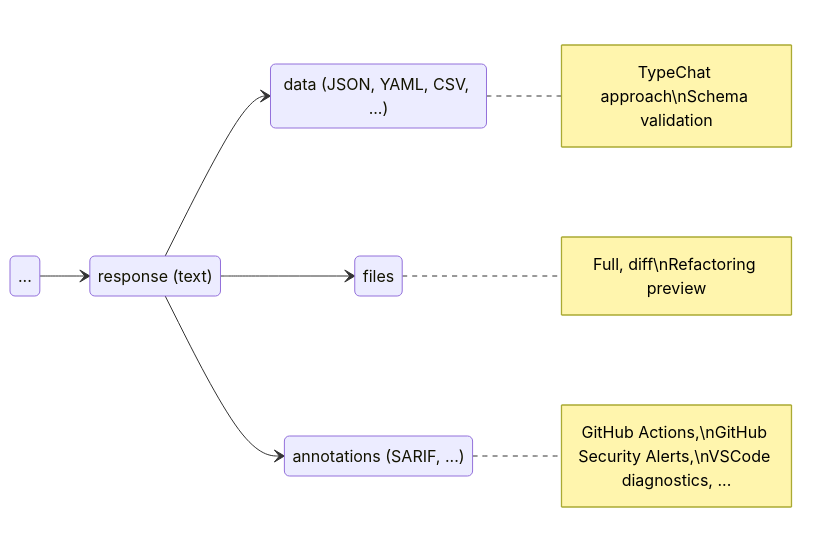
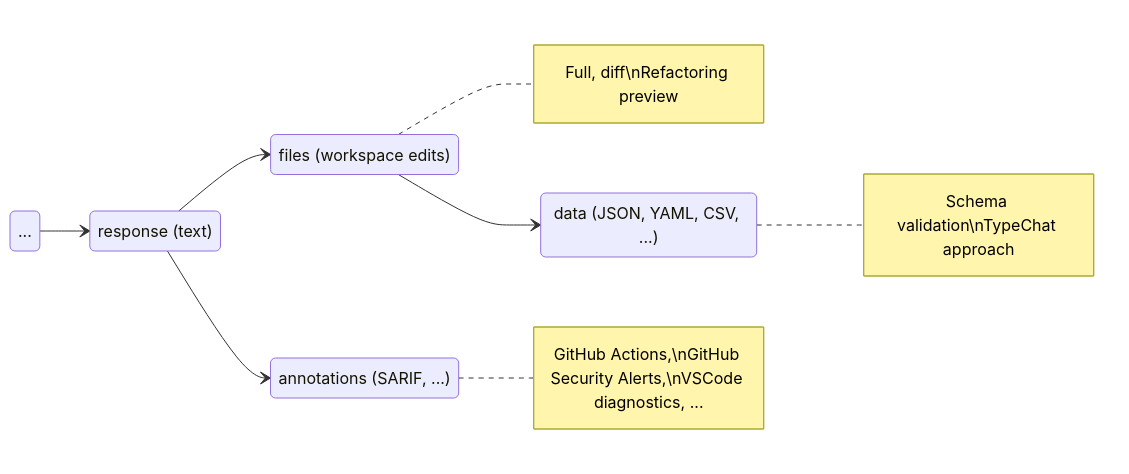
The diagram in slides/pages/response-processing.md (microsoft/genaiscript), drawn with Mermaid before and after one commit. The commit also changed other lines of this file and 6 other files, not shown here.

````diff
--- a/slides/pages/response-processing.md
+++ b/slides/pages/response-processing.md
@@ -5,17 +9,17 @@
-```mermaid
+```mermaid {scale:0.8}
 
 stateDiagram
   direction LR
     response: response (text)
+    files: files (workspace edits)
     data: data (JSON, YAML, CSV, ...)
     annotations: annotations (SARIF, ...)
-    files: files
-    note right of data: TypeChat approach\nSchema validation
+    note right of data: Schema validation\nTypeChat approach
     note right of files: Full, diff\nRefactoring preview
     note right of annotations: GitHub Actions,\nGitHub Security Alerts,\nVSCode diagnostics, ...
     LLM: ...
     LLM --> response
     response --> files
-    response --> data
+    files --> data
     response --> annotations
 ```
````
